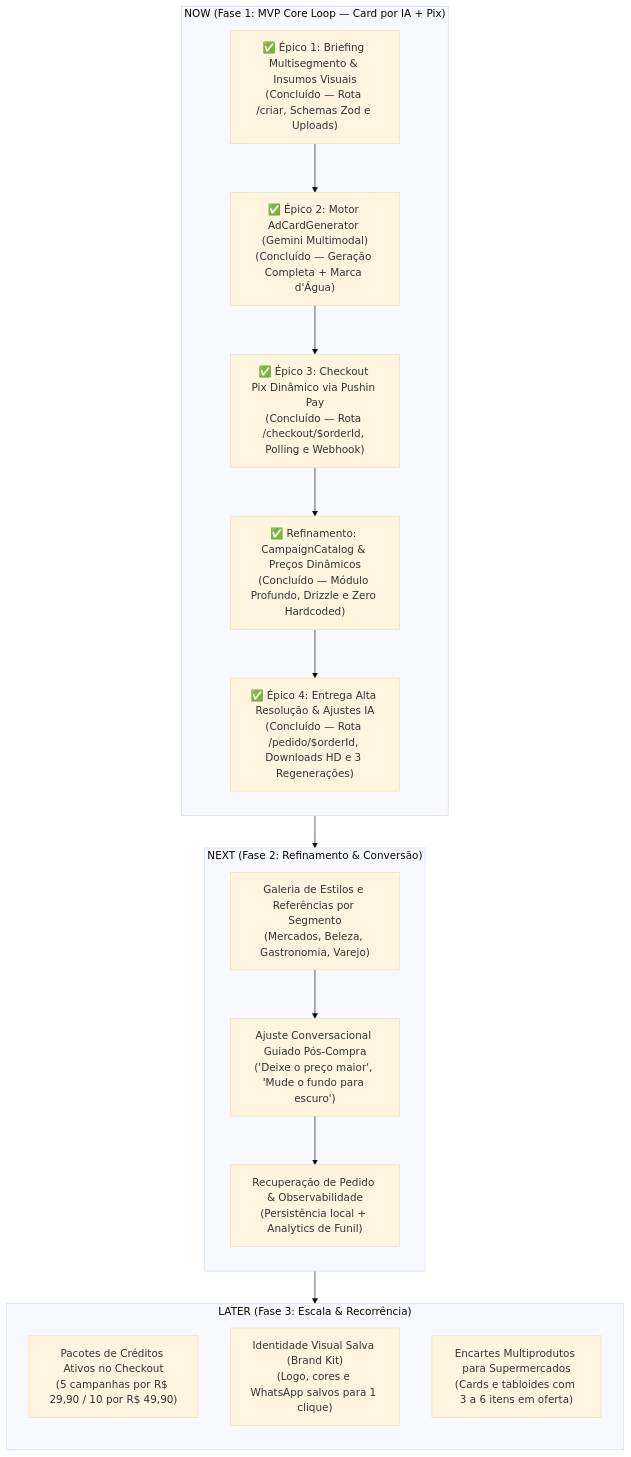
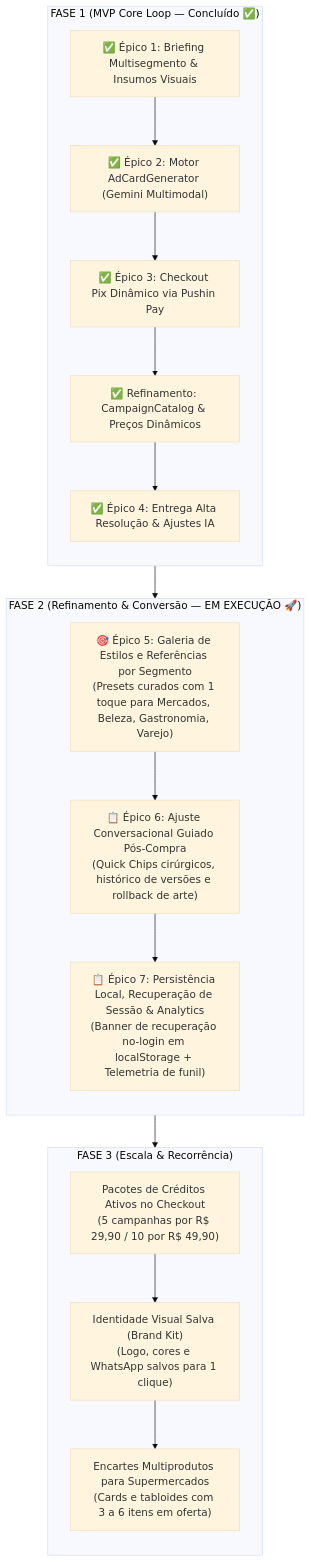
One commit to luis-henrique-carvalho/OfertaPronta changed the diagram in docs/roadmap.md. Above: the diagram before and after it, drawn with Mermaid (base theme). The commit also changed other lines of this file and 5 other files, not shown here.

Commit message:
docs(roadmap): update roadmap to v2.1 and add Epic 5 specs and tickets

````diff
--- a/docs/roadmap.md
+++ b/docs/roadmap.md
@@ -78,29 +105,30 @@
 ```mermaid
 flowchart TD
-    subgraph NOW["NOW (Fase 1: MVP Core Loop — Card por IA + Pix)"]
+    subgraph CONCLUIDO["FASE 1 (MVP Core Loop — Concluído ✅)"]
         direction TB
-        E1["✅ Épico 1: Briefing Multisegmento & Insumos Visuais<br/>(Concluído — Rota /criar, Schemas Zod e Uploads)"]
-        E2["✅ Épico 2: Motor AdCardGenerator (Gemini Multimodal)<br/>(Concluído — Geração Completa + Marca d'Água)"]
-        E3["✅ Épico 3: Checkout Pix Dinâmico via Pushin Pay<br/>(Concluído — Rota /checkout/$orderId, Polling e Webhook)"]
-        E3B["✅ Refinamento: CampaignCatalog & Preços Dinâmicos<br/>(Concluído — Módulo Profundo, Drizzle e Zero Hardcoded)"]
-        E4["✅ Épico 4: Entrega Alta Resolução & Ajustes IA<br/>(Concluído — Rota /pedido/$orderId, Downloads HD e 3 Regenerações)"]
+        E1["✅ Épico 1: Briefing Multisegmento & Insumos Visuais"]
+        E2["✅ Épico 2: Motor AdCardGenerator (Gemini Multimodal)"]
+        E3["✅ Épico 3: Checkout Pix Dinâmico via Pushin Pay"]
+        E3B["✅ Refinamento: CampaignCatalog & Preços Dinâmicos"]
+        E4["✅ Épico 4: Entrega Alta Resolução & Ajustes IA"]
         E1 --> E2 --> E3 --> E3B --> E4
     end
 
-    subgraph NEXT["NEXT (Fase 2: Refinamento & Conversão)"]
+    subgraph NOW["FASE 2 (Refinamento & Conversão — EM EXECUÇÃO 🚀)"]
         direction TB
-        E5["Galeria de Estilos e Referências por Segmento<br/>(Mercados, Beleza, Gastronomia, Varejo)"]
-        E6["Ajuste Conversacional Guiado Pós-Compra<br/>('Deixe o preço maior', 'Mude o fundo para escuro')"]
-        E7["Recuperação de Pedido & Observabilidade<br/>(Persistência local + Analytics de Funil)"]
+        E5["🎯 Épico 5: Galeria de Estilos e Referências por Segmento<br/>(Presets curados com 1 toque para Mercados, Beleza, Gastronomia, Varejo)"]
+        E6["📋 Épico 6: Ajuste Conversacional Guiado Pós-Compra<br/>(Quick Chips cirúrgicos, histórico de versões e rollback de arte)"]
+        E7["📋 Épico 7: Persistência Local, Recuperação de Sessão & Analytics<br/>(Banner de recuperação no-login em localStorage + Telemetria de funil)"]
         E5 --> E6 --> E7
     end
 
-    subgraph LATER["LATER (Fase 3: Escala & Recorrência)"]
+    subgraph LATER["FASE 3 (Escala & Recorrência)"]
         direction TB
         E8["Pacotes de Créditos Ativos no Checkout<br/>(5 campanhas por R$ 29,90 / 10 por R$ 49,90)"]
         E9["Identidade Visual Salva (Brand Kit)<br/>(Logo, cores e WhatsApp salvos para 1 clique)"]
         E10["Encartes Multiprodutos para Supermercados<br/>(Cards e tabloides com 3 a 6 itens em oferta)"]
+        E8 --> E9 --> E10
     end
 
-    NOW --> NEXT --> LATER
+    CONCLUIDO --> NOW --> LATER
 ```
````
